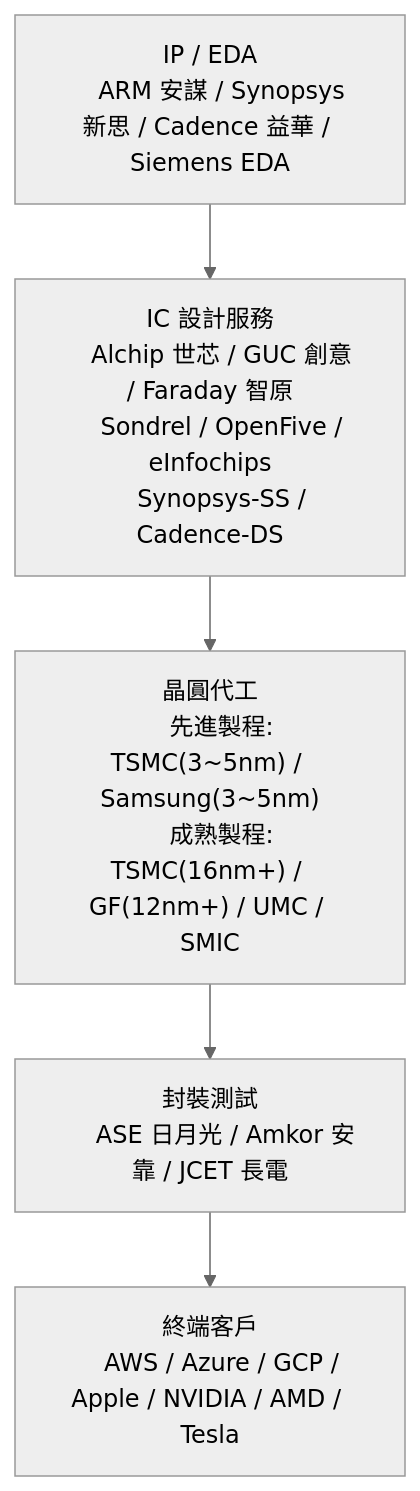
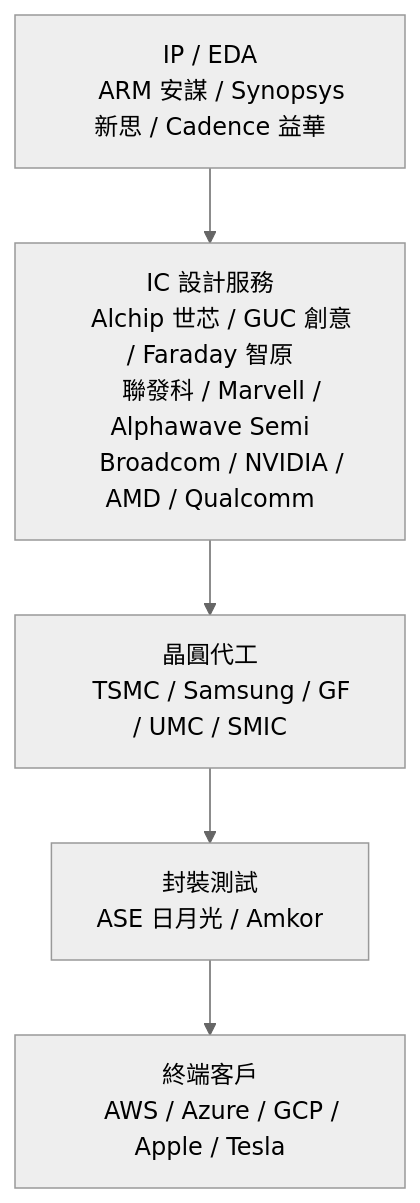
The diagram in README.md (CiCicode/asic-compare), drawn with Mermaid (neutral theme) before and after one commit. The commit also changed other lines of this file, not shown here.

````diff
--- a/README.md
+++ b/README.md
@@ -13,18 +13,17 @@
 ```mermaid
 flowchart TD
     A["IP / EDA
-    ARM 安謀 / Synopsys 新思 / Cadence 益華 / Siemens EDA"]
+    ARM 安謀 / Synopsys 新思 / Cadence 益華"]
     B["IC 設計服務
     Alchip 世芯 / GUC 創意 / Faraday 智原
-    Sondrel / OpenFive / eInfochips
-    Synopsys-SS / Cadence-DS"]
+    聯發科 / Marvell / Alphawave Semi
+    Broadcom / NVIDIA / AMD / Qualcomm"]
     C["晶圓代工
-    先進製程: TSMC(3~5nm) / Samsung(3~5nm)
-    成熟製程: TSMC(16nm+) / GF(12nm+) / UMC / SMIC"]
+    TSMC / Samsung / GF / UMC / SMIC"]
     D["封裝測試
-    ASE 日月光 / Amkor 安靠 / JCET 長電"]
+    ASE 日月光 / Amkor"]
     E["終端客戶
-    AWS / Azure / GCP / Apple / NVIDIA / AMD / Tesla"]
+    AWS / Azure / GCP / Apple / Tesla"]
 
     A --> B --> C --> D --> E
 ```
````
